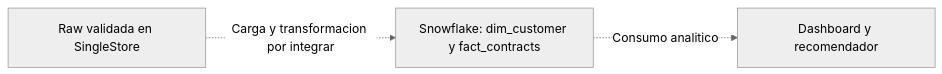
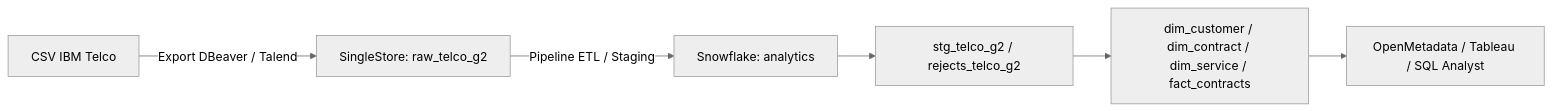
One commit to jennifferB/datathon-telco-churn changed the second of 2 diagrams in README.md. Above: the diagram before and after it, drawn with Mermaid (neutral theme). The commit also changed other lines of this file, not shown here.

First line of the commit message:
feat: añade configuración de Snowflake, scripts de usuarios y modelo analítico telco_g2

````diff
--- a/README.md
+++ b/README.md
@@ -70,5 +88,8 @@
 ```mermaid
 flowchart LR
-    A[Raw validada en SingleStore] -. Carga y transformacion por integrar .-> B[Snowflake: dim_customer y fact_contracts]
-    B -. Consumo analitico .-> C[Dashboard y recomendador]
+    A[CSV IBM Telco] -->|Export DBeaver / Talend| B[SingleStore: raw_telco_g2]
+    B -->|Pipeline ETL / Staging| C[Snowflake: analytics]
+    C --> D["stg_telco_g2 / rejects_telco_g2"]
+    D --> E["dim_customer / dim_contract / dim_service / fact_contracts"]
+    E --> F[OpenMetadata / Tableau / SQL Analyst]
 ```
````
